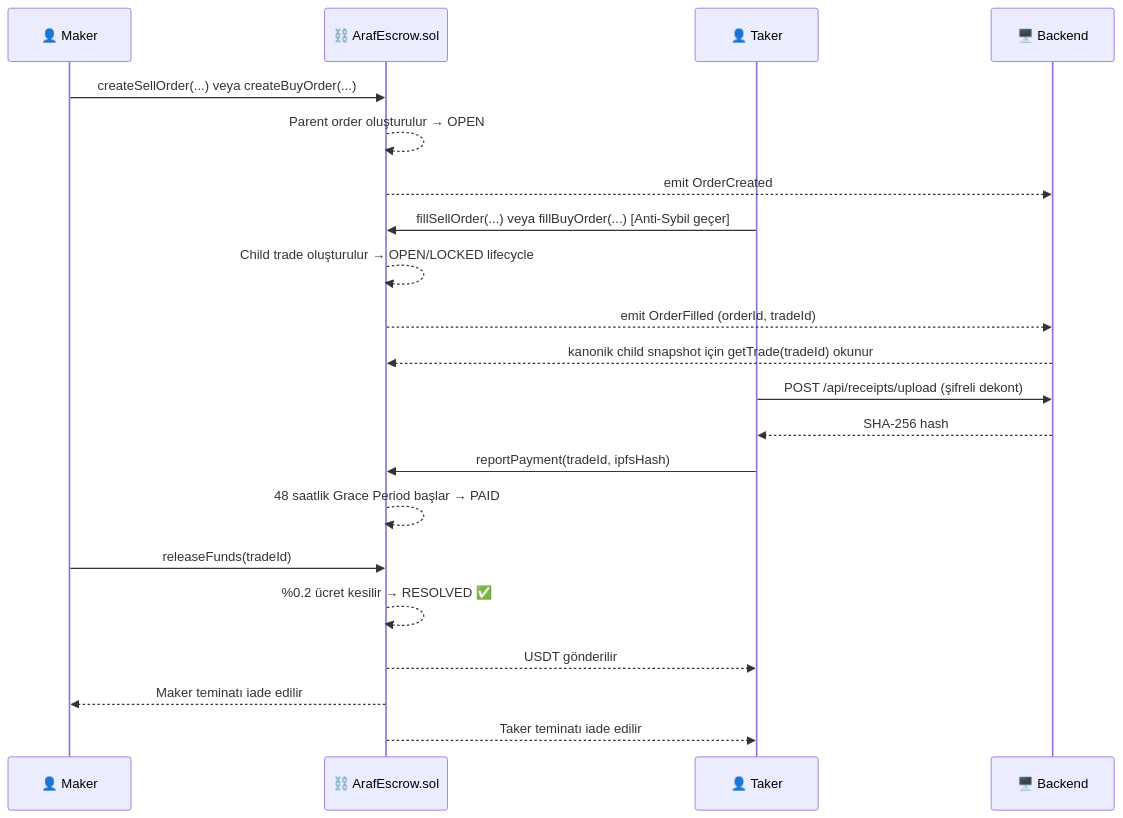
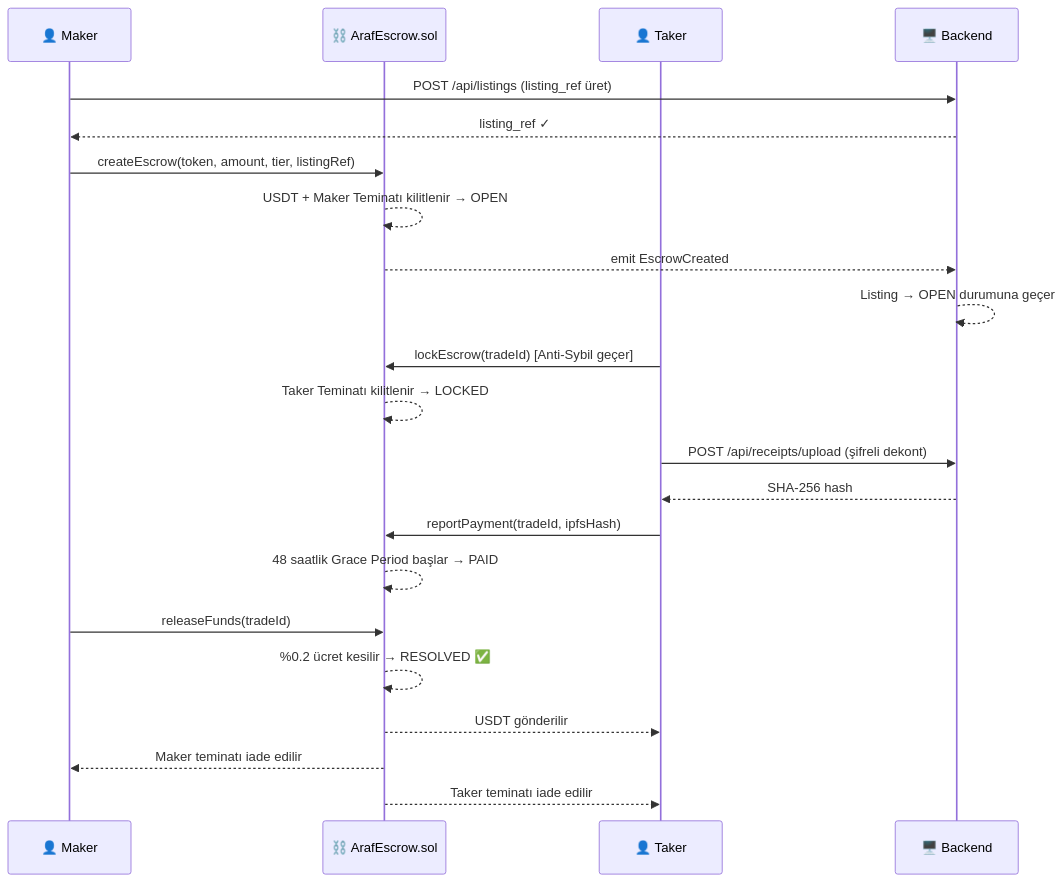
The third of 9 diagrams in docs/TR/ARCHITECTURE.md (MyDemir/Araf-Protokol), drawn with Mermaid before and after one commit. The commit also changed other lines of this file and 1 other file, not shown here.

Commit message:
revert(docs): rollback architecture documentation updates

````diff
--- a/docs/TR/ARCHITECTURE.md
+++ b/docs/TR/ARCHITECTURE.md
@@ -255,27 +255,28 @@
 ```mermaid
 sequenceDiagram
     participant M as 👤 Maker
     participant SC as ⛓️ ArafEscrow.sol
     participant T as 👤 Taker
     participant B as 🖥️ Backend
 
-    M->>SC: createSellOrder(...) veya createBuyOrder(...)
-    SC-->>SC: Parent order oluşturulur → OPEN
-    SC-->>B: emit OrderCreated
+    M->>B: POST /api/listings (listing_ref üret)
+    B-->>M: listing_ref ✓
+    M->>SC: createEscrow(token, amount, tier, listingRef)
+    SC-->>SC: USDT + Maker Teminatı kilitlenir → OPEN
+    SC-->>B: emit EscrowCreated
+    B-->>B: Listing → OPEN durumuna geçer
 
-    T->>SC: fillSellOrder(...) veya fillBuyOrder(...) [Anti-Sybil geçer]
-    SC-->>SC: Child trade oluşturulur → OPEN/LOCKED lifecycle
-    SC-->>B: emit OrderFilled (orderId, tradeId)
-    B-->>SC: kanonik child snapshot için getTrade(tradeId) okunur
+    T->>SC: lockEscrow(tradeId) [Anti-Sybil geçer]
+    SC-->>SC: Taker Teminatı kilitlenir → LOCKED
 
     T->>B: POST /api/receipts/upload (şifreli dekont)
     B-->>T: SHA-256 hash
     T->>SC: reportPayment(tradeId, ipfsHash)
     SC-->>SC: 48 saatlik Grace Period başlar → PAID
 
     M->>SC: releaseFunds(tradeId)
     SC-->>SC: %0.2 ücret kesilir → RESOLVED ✅
     SC-->>T: USDT gönderilir
     SC-->>M: Maker teminatı iade edilir
     SC-->>T: Taker teminatı iade edilir
 ```
````
